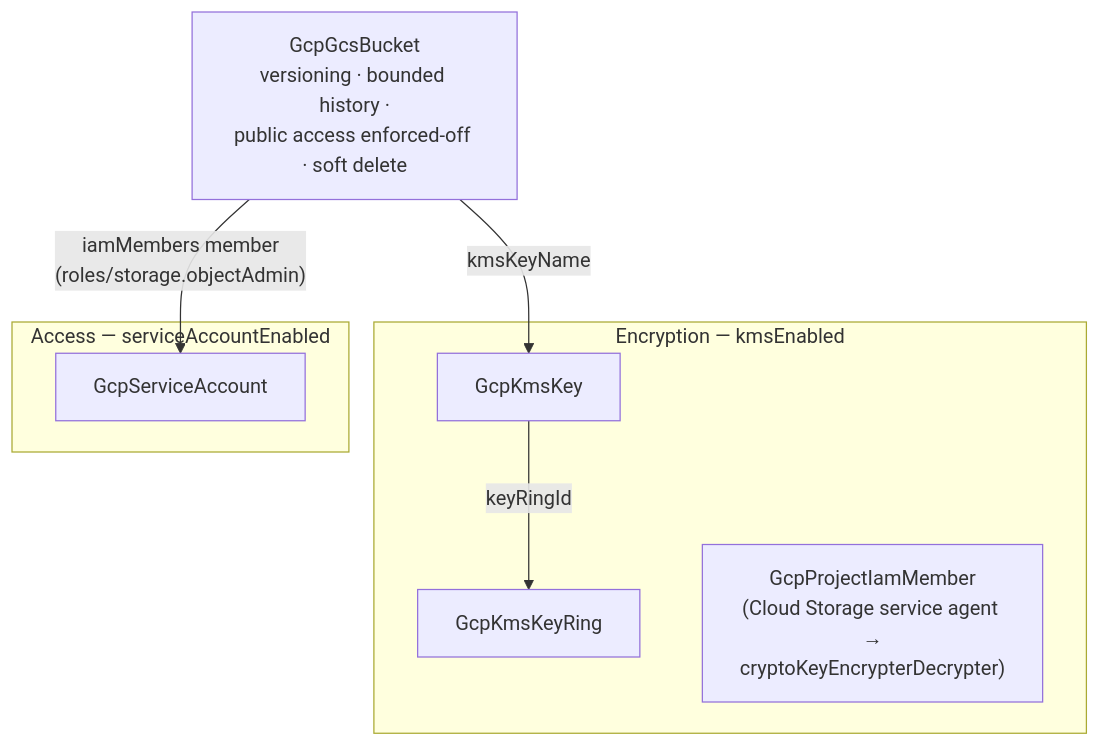
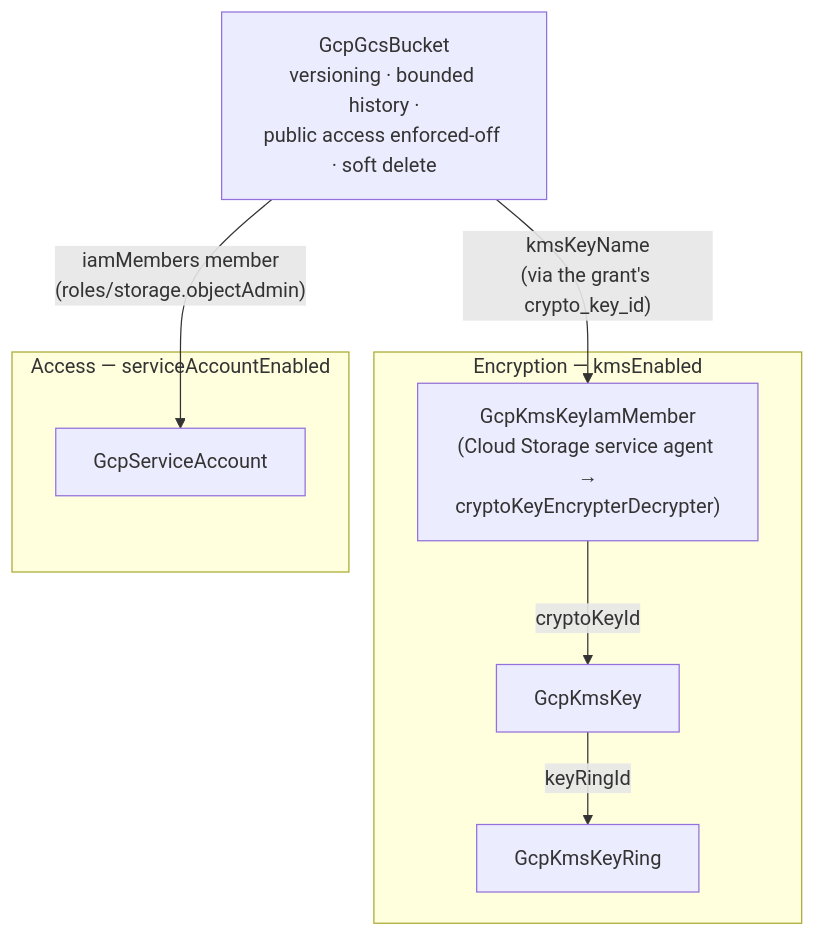
The diagram in charts/gcp/pulumi-state-backend/README.md (plantonhq/openmcf), drawn with Mermaid before and after one commit. The commit also changed other lines of this file and 13 other files, not shown here.

First line of the commit message:
feat(charts): adopt resource-scoped IAM grants in the gcp state-backend and keyless-deployer charts

````diff
--- a/charts/gcp/pulumi-state-backend/README.md
+++ b/charts/gcp/pulumi-state-backend/README.md
@@ -28,17 +28,18 @@
 ```mermaid
 flowchart TB
     subgraph enc [Encryption — kmsEnabled]
         KeyRing[GcpKmsKeyRing]
         Key[GcpKmsKey]
-        AgentGrant["GcpProjectIamMember<br/>(Cloud Storage service agent →<br/>cryptoKeyEncrypterDecrypter)"]
+        AgentGrant["GcpKmsKeyIamMember<br/>(Cloud Storage service agent →<br/>cryptoKeyEncrypterDecrypter)"]
         Key -->|keyRingId| KeyRing
+        AgentGrant -->|cryptoKeyId| Key
     end
 
     subgraph access [Access — serviceAccountEnabled]
         SA[GcpServiceAccount]
     end
 
     Bucket["GcpGcsBucket<br/>versioning · bounded history ·<br/>public access enforced-off · soft delete"]
-    Bucket -->|kmsKeyName| Key
+    Bucket -->|"kmsKeyName<br/>(via the grant's crypto_key_id)"| AgentGrant
     Bucket -->|"iamMembers member<br/>(roles/storage.objectAdmin)"| SA
 ```
````
